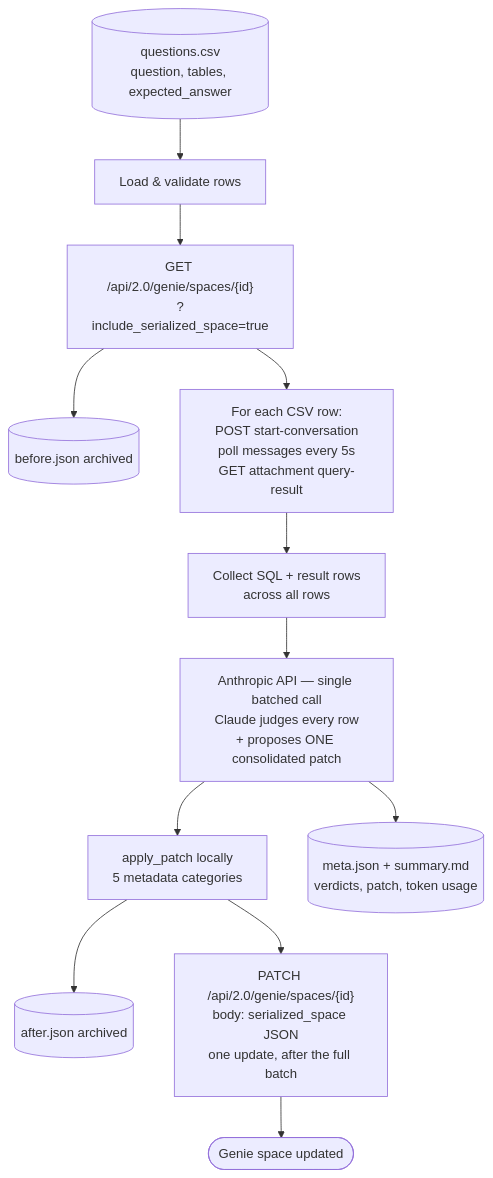
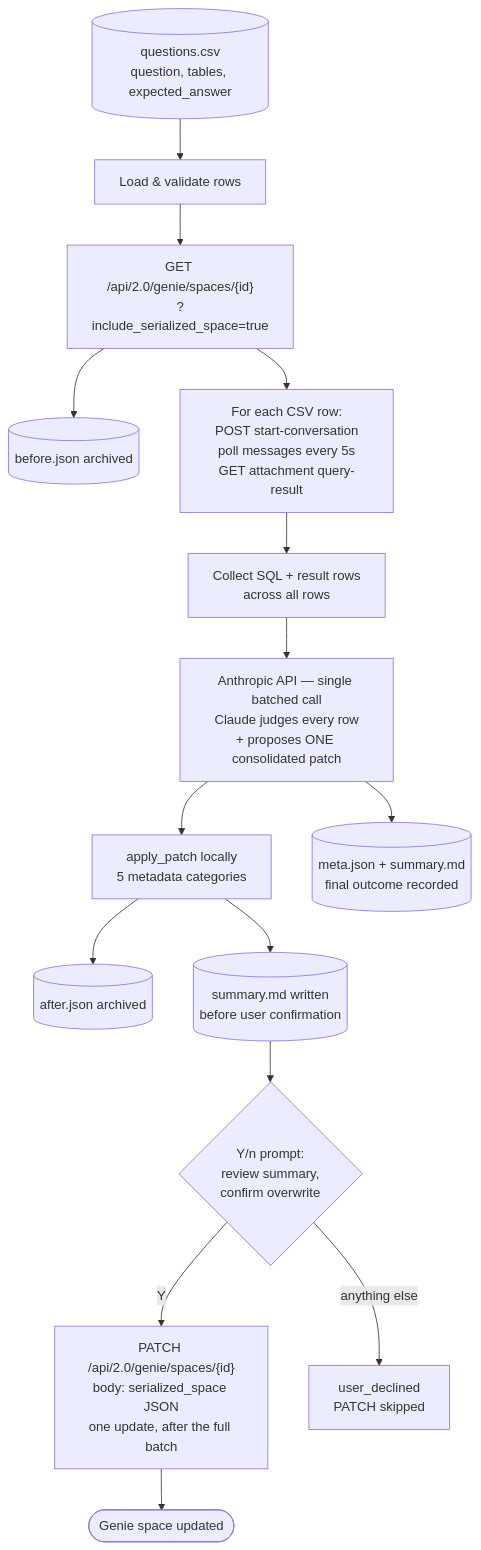
Before and after one commit to vvr-rao/genie-config-optimizer: the diagram in README.md, drawn with Mermaid. The commit also changed other lines of this file and 1 other file, not shown here.

First line of the commit message:
Confirmation prompt before applying PATCH; add License section to README

````diff
--- a/README.md
+++ b/README.md
@@ -185,18 +193,21 @@
 ```mermaid
 flowchart TD
     csv[("questions.csv<br/>question, tables, expected_answer")] --> load[Load &amp; validate rows]
     load --> get["GET /api/2.0/genie/spaces/{id}<br/>?include_serialized_space=true"]
     get --> before[(before.json archived)]
 
     get --> loop["For each CSV row:<br/>POST start-conversation<br/>poll messages every 5s<br/>GET attachment query-result"]
     loop --> capture[Collect SQL + result rows<br/>across all rows]
 
     capture --> claude["Anthropic API — single batched call<br/>Claude judges every row<br/>+ proposes ONE consolidated patch"]
     claude --> apply[apply_patch locally<br/>5 metadata categories]
     apply --> after[(after.json archived)]
+    apply --> summaryearly[(summary.md written<br/>before user confirmation)]
 
-    apply --> patch["PATCH /api/2.0/genie/spaces/{id}<br/>body: serialized_space JSON<br/>one update, after the full batch"]
+    summaryearly --> confirm{Y/n prompt:<br/>review summary,<br/>confirm overwrite}
+    confirm -- Y --> patch["PATCH /api/2.0/genie/spaces/{id}<br/>body: serialized_space JSON<br/>one update, after the full batch"]
+    confirm -- anything else --> declined[user_declined<br/>PATCH skipped]
     patch --> done([Genie space updated])
 
-    claude --> meta[(meta.json + summary.md<br/>verdicts, patch, token usage)]
+    claude --> meta[(meta.json + summary.md<br/>final outcome recorded)]
 ```
````
